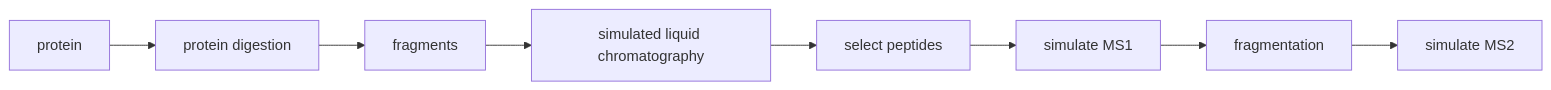
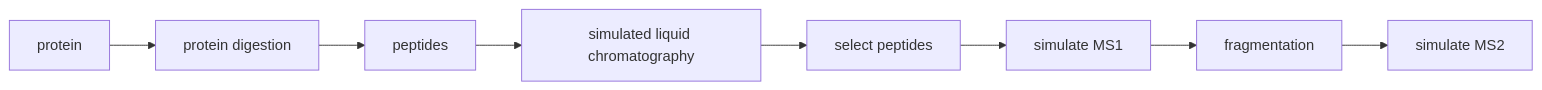
Before and after one commit to LauraSeeling/proteosim: the diagram in README.md, drawn with Mermaid. The commit also changed 15 other files, not shown here.

````diff
--- a/README.md
+++ b/README.md
@@ -6,10 +6,10 @@
 ```mermaid
 flowchart LR
     A[protein] --> B[protein digestion]
-    B --> C[fragments]
+    B --> C[peptides]
     C --> D[simulated liquid chromatography]
     D --> E[select peptides]
     E --> F[simulate MS1]
     F --> G[fragmentation]
     G --> H[simulate MS2]
 ```
````
